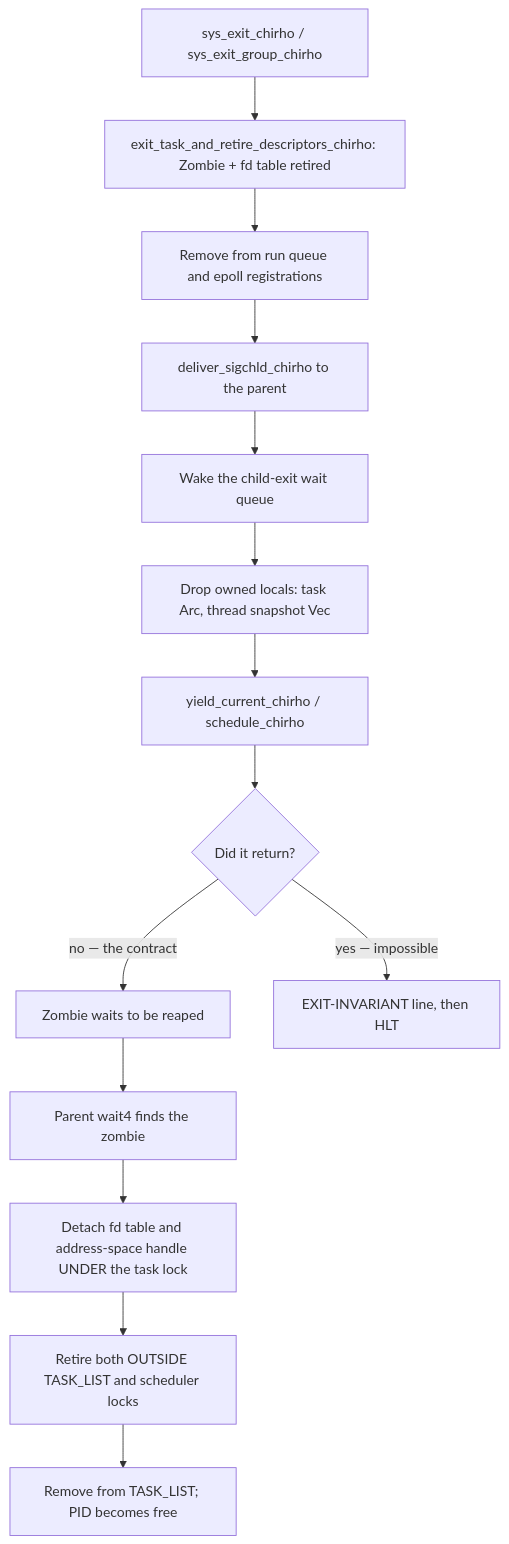
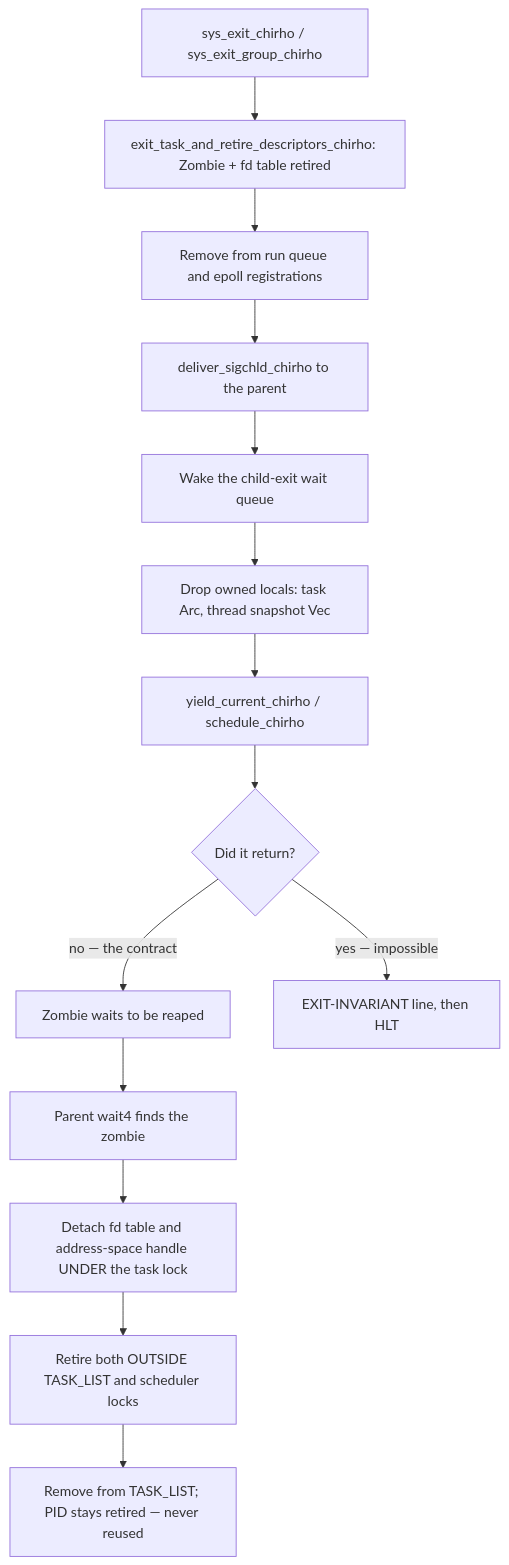
Before and after one commit to loveJesus/lineluya: the second of 2 diagrams in spec-chirho/workflows-chirho/process-exit-lifecycle-chirho.md, drawn with Mermaid. The commit also changed other lines of this file and 2 other files, not shown here.

````diff
--- a/spec-chirho/workflows-chirho/process-exit-lifecycle-chirho.md
+++ b/spec-chirho/workflows-chirho/process-exit-lifecycle-chirho.md
@@ -77,17 +84,17 @@
 ```mermaid
 flowchart TD
     exit_enter_chirho["sys_exit_chirho / sys_exit_group_chirho"] --> exit_zombie_chirho["exit_task_and_retire_descriptors_chirho: Zombie + fd table retired"]
     exit_zombie_chirho --> exit_dequeue_chirho["Remove from run queue and epoll registrations"]
     exit_dequeue_chirho --> exit_sigchld_chirho["deliver_sigchld_chirho to the parent"]
     exit_sigchld_chirho --> exit_wake_chirho["Wake the child-exit wait queue"]
     exit_wake_chirho --> exit_drop_chirho["Drop owned locals: task Arc, thread snapshot Vec"]
     exit_drop_chirho --> exit_handoff_chirho["yield_current_chirho / schedule_chirho"]
     exit_handoff_chirho --> exit_never_chirho{"Did it return?"}
     exit_never_chirho -->|"no — the contract"| exit_reaped_chirho["Zombie waits to be reaped"]
     exit_never_chirho -->|"yes — impossible"| exit_invariant_chirho["EXIT-INVARIANT line, then HLT"]
 
     exit_reaped_chirho --> reap_find_chirho["Parent wait4 finds the zombie"]
     reap_find_chirho --> reap_detach_chirho["Detach fd table and address-space handle UNDER the task lock"]
     reap_detach_chirho --> reap_retire_chirho["Retire both OUTSIDE TASK_LIST and scheduler locks"]
-    reap_retire_chirho --> reap_remove_chirho["Remove from TASK_LIST; PID becomes free"]
+    reap_retire_chirho --> reap_remove_chirho["Remove from TASK_LIST; PID stays retired — never reused"]
 ```
````
